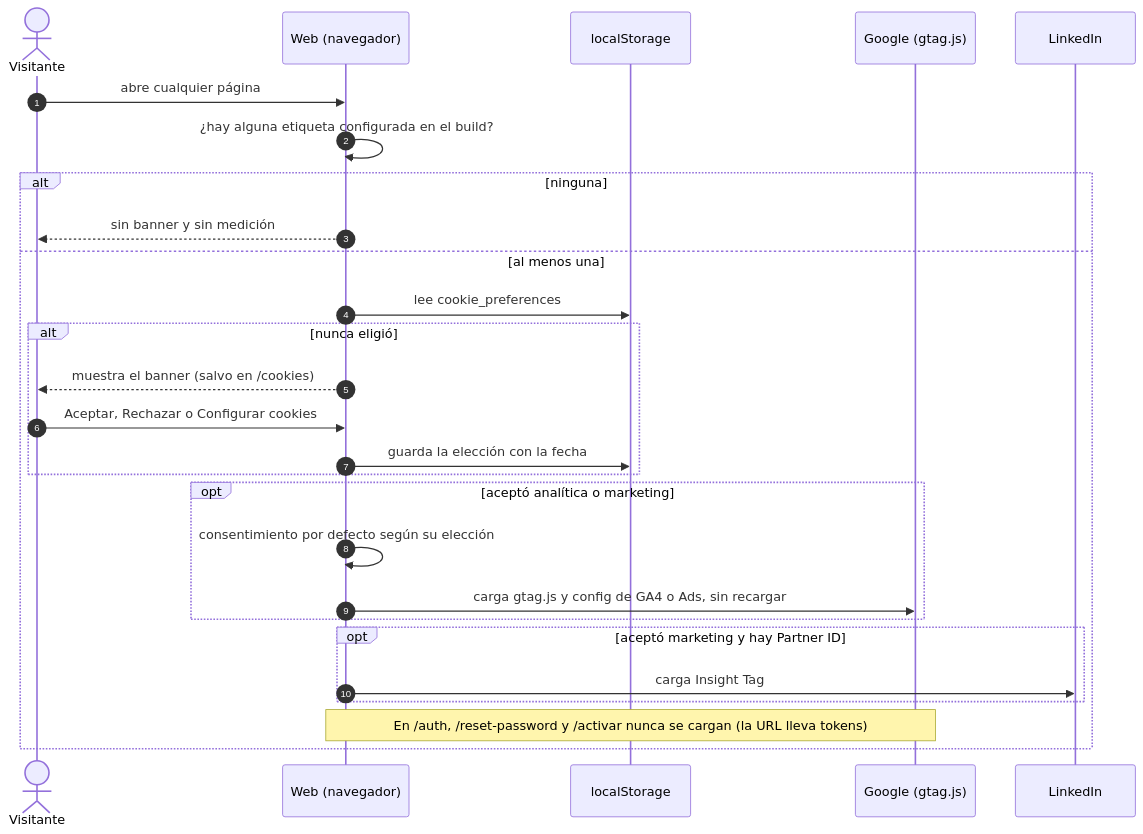
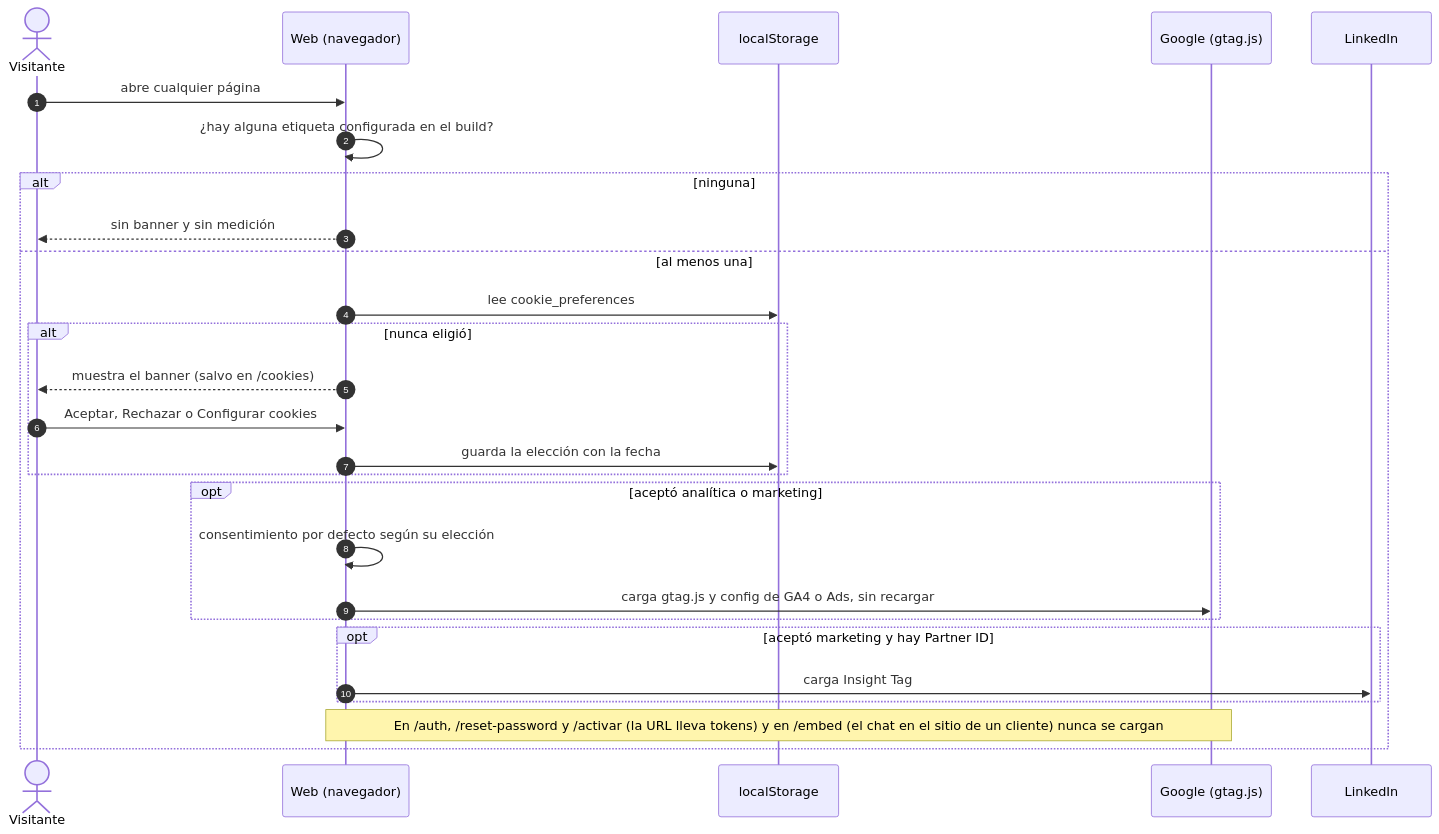
One commit to ronalc90/koptup changed the second of 3 diagrams in docs/wiki/Doc-12-SEO-Analitica-y-Legal.md. Above: the diagram before and after it, drawn with Mermaid. The commit also changed other lines of this file and 56 other files, not shown here.

````diff
--- a/docs/wiki/Doc-12-SEO-Analitica-y-Legal.md
+++ b/docs/wiki/Doc-12-SEO-Analitica-y-Legal.md
@@ -195,30 +195,30 @@
 ```mermaid
 sequenceDiagram
     autonumber
     actor V as Visitante
     participant W as Web (navegador)
     participant LS as localStorage
     participant G as Google (gtag.js)
     participant L as LinkedIn
 
     V->>W: abre cualquier página
     W->>W: ¿hay alguna etiqueta configurada en el build?
     alt ninguna
         W-->>V: sin banner y sin medición
     else al menos una
         W->>LS: lee cookie_preferences
         alt nunca eligió
             W-->>V: muestra el banner (salvo en /cookies)
             V->>W: Aceptar, Rechazar o Configurar cookies
             W->>LS: guarda la elección con la fecha
         end
         opt aceptó analítica o marketing
             W->>W: consentimiento por defecto según su elección
             W->>G: carga gtag.js y config de GA4 o Ads, sin recargar
         end
         opt aceptó marketing y hay Partner ID
             W->>L: carga Insight Tag
         end
-        Note over W,G: En /auth, /reset-password y /activar nunca se cargan (la URL lleva tokens)
+        Note over W,G: En /auth, /reset-password y /activar (la URL lleva tokens) y en /embed (el chat en el sitio de un cliente) nunca se cargan
     end
 ```
````
